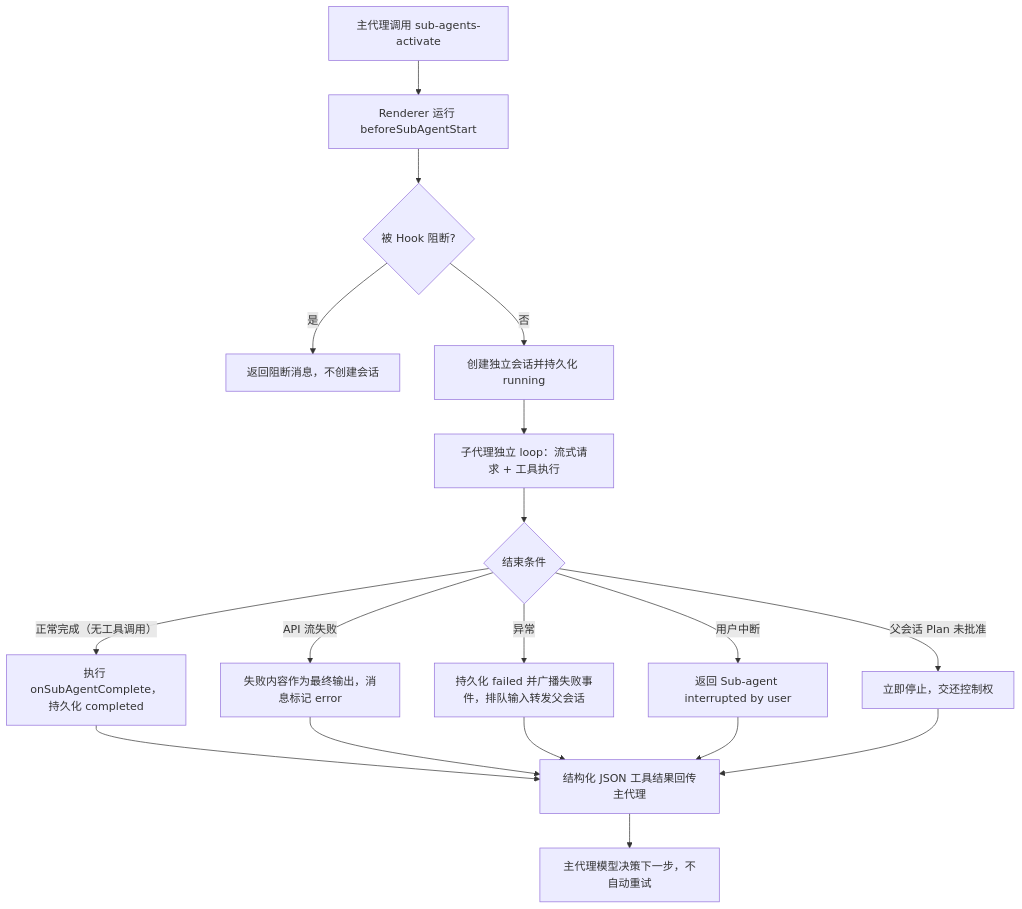
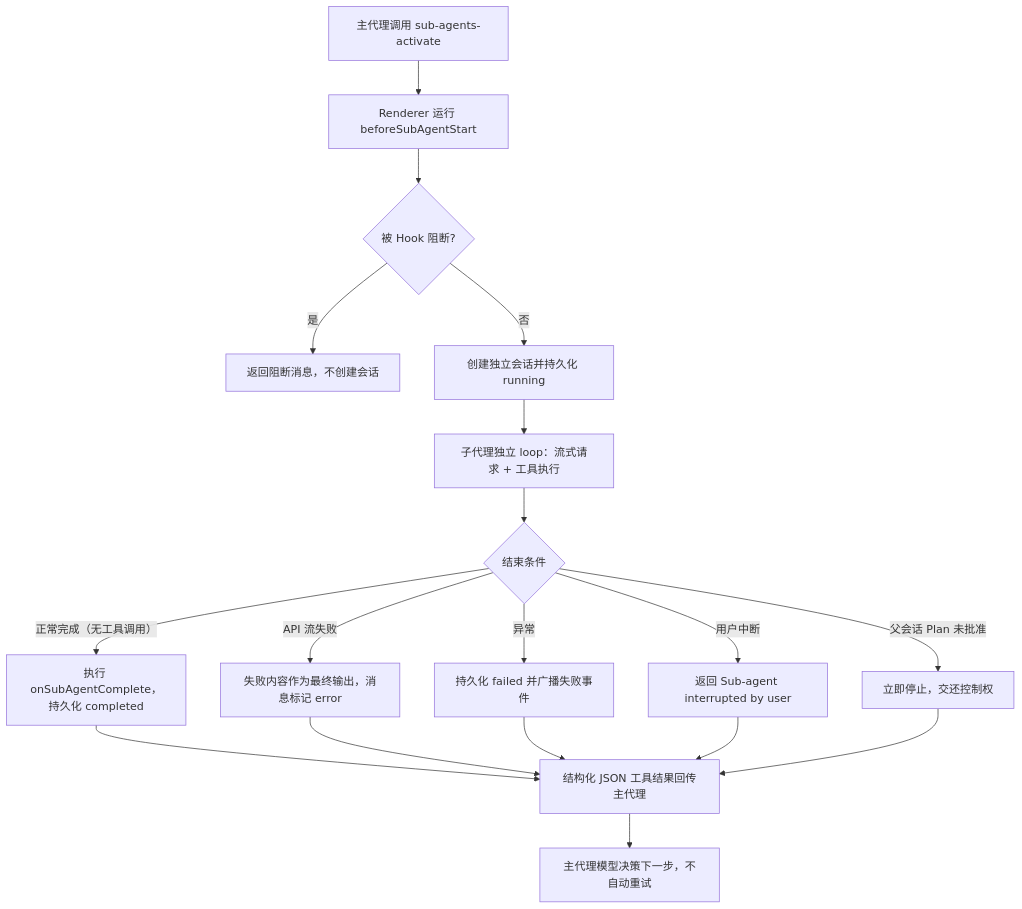
Before and after one commit to BaSui01/snow-app: diagram 18 of 23 in docs/zh-CN/4-架构与开发/4-Agent运行时与工具编排.md, drawn with Mermaid. The commit also changed other lines of this file and 3 other files, not shown here.

First line of the commit message:
docs(architecture): 补充异步子代理渲染层流程图并修正过期描述

````diff
--- a/docs/zh-CN/4-架构与开发/4-Agent运行时与工具编排.md
+++ b/docs/zh-CN/4-架构与开发/4-Agent运行时与工具编排.md
@@ -604,20 +660,20 @@
 ```mermaid
 flowchart TD
     A[主代理调用 sub-agents-activate] --> B[Renderer 运行 beforeSubAgentStart]
     B --> C{被 Hook 阻断?}
     C -->|是| X[返回阻断消息，不创建会话]
     C -->|否| D[创建独立会话并持久化 running]
     D --> E[子代理独立 loop：流式请求 + 工具执行]
     E --> F{结束条件}
     F -->|正常完成（无工具调用）| G[执行 onSubAgentComplete，持久化 completed]
     F -->|API 流失败| H[失败内容作为最终输出，消息标记 error]
-    F -->|异常| I[持久化 failed 并广播失败事件，排队输入转发父会话]
+    F -->|异常| I[持久化 failed 并广播失败事件]
     F -->|用户中断| J[返回 Sub-agent interrupted by user]
     F -->|父会话 Plan 未批准| K[立即停止，交还控制权]
     G --> L[结构化 JSON 工具结果回传主代理]
     H --> L
     I --> L
     J --> L
     K --> L
     L --> M[主代理模型决策下一步，不自动重试]
 ```
````
